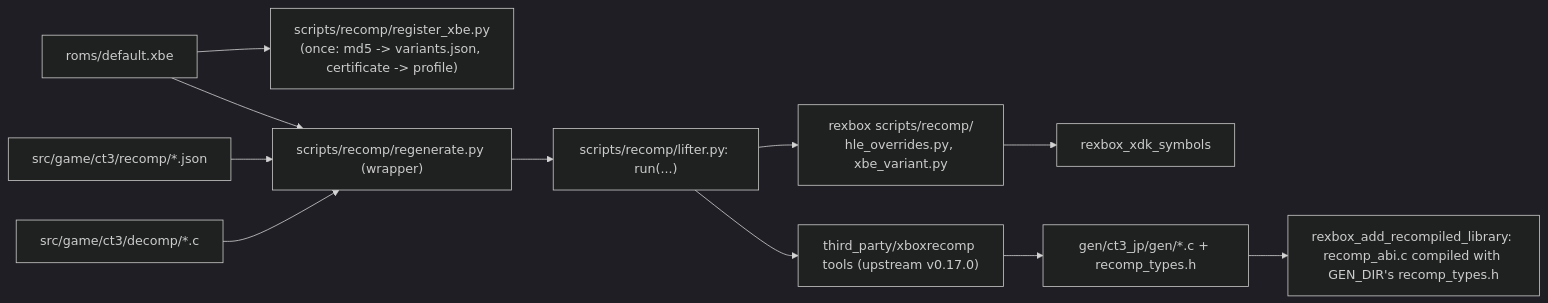
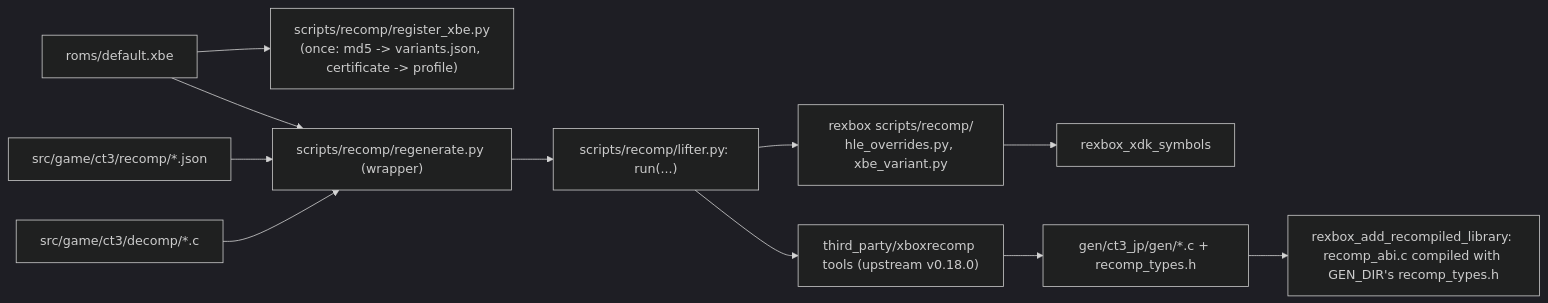
One commit to reexec/reCT3 changed the second of 2 diagrams in ARCHITECTURE.md. Above: the diagram before and after it, drawn with Mermaid (dark theme). The commit also changed other lines of this file and 9 other files, not shown here.

````diff
--- a/ARCHITECTURE.md
+++ b/ARCHITECTURE.md
@@ -43,13 +43,13 @@
 ```mermaid
 flowchart LR
     XBE["roms/default.xbe"] --> REG["scripts/recomp/register_xbe.py<br/>(once: md5 -> variants.json, certificate -> profile)"]
     XBE --> REGEN["scripts/recomp/regenerate.py (wrapper)"]
     CFG["src/game/ct3/recomp/*.json"] --> REGEN
     DECOMP["src/game/ct3/decomp/*.c"] --> REGEN
     REGEN --> LIFT["scripts/recomp/lifter.py: run(...)"]
-    LIFT --> TOOLS["third_party/xboxrecomp tools (upstream v0.17.0)"]
+    LIFT --> TOOLS["third_party/xboxrecomp tools (upstream v0.18.0)"]
     LIFT --> HELP["rexbox scripts/recomp/<br/>hle_overrides.py, xbe_variant.py"]
     HELP --> SYM["rexbox_xdk_symbols"]
     TOOLS --> GEN["gen/ct3_jp/gen/*.c + recomp_types.h"]
     GEN --> CMAKE["rexbox_add_recompiled_library: recomp_abi.c compiled with GEN_DIR's recomp_types.h"]
 ```
````
